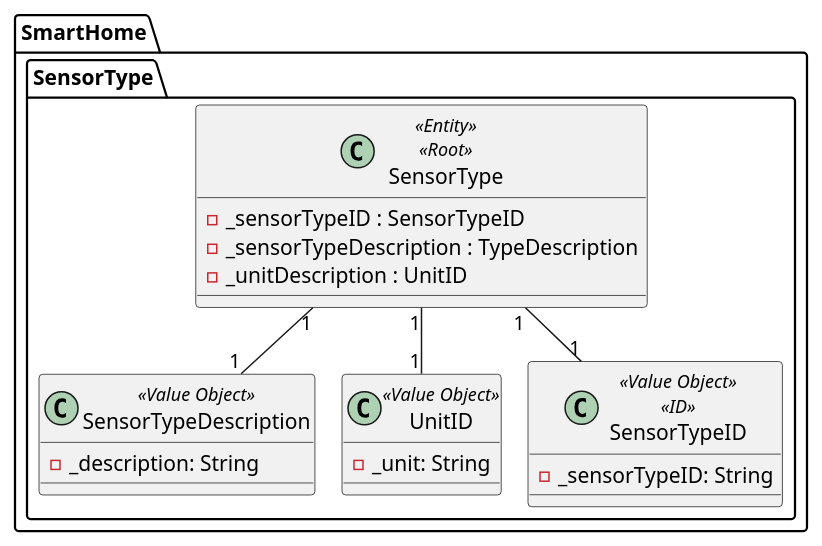
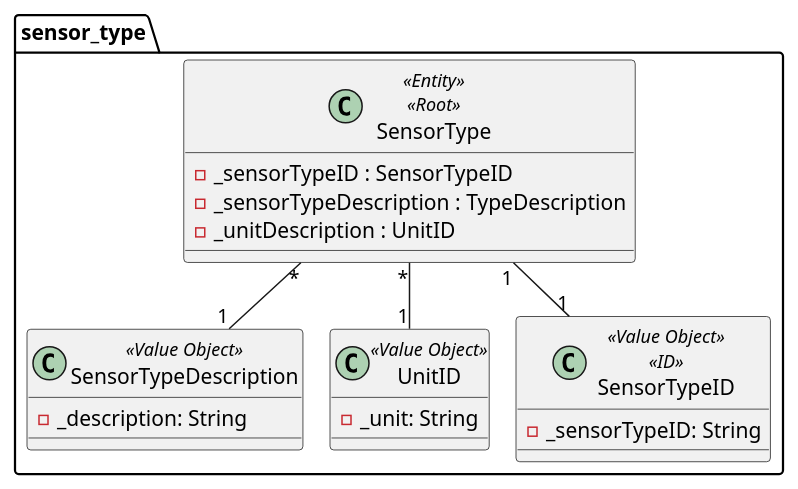
One commit to olivDiogo/SmartHome changed the diagram in docs/ooa/4.agreggateModels/SensorType.puml. Above: the diagram before and after it, drawn with PlantUML. The commit also changed 11 other files, not shown here.

```diff
--- a/docs/ooa/4.agreggateModels/SensorType.puml
+++ b/docs/ooa/4.agreggateModels/SensorType.puml
@@ -1,29 +1,27 @@
 @startuml
 !pragma layout smetana
 
-package SmartHome.SensorType {
+package sensor_type {
 
   class SensorType<<Entity>><<Root>> {
     - _sensorTypeID : SensorTypeID
     - _sensorTypeDescription : TypeDescription
     - _unitDescription : UnitID
   }
 
-}
-package SmartHome.SensorType {
   class SensorTypeDescription<<Value Object>> {
     - _description: String
   }
   class UnitID<<Value Object>> {
       - _unit: String
     }
    class SensorTypeID<<Value Object>><<ID>> {
       - _sensorTypeID: String
     }
 
 }
-SmartHome.SensorType.SensorType "1" -- "1" UnitID
-SmartHome.SensorType.SensorType "1" -- "1" SensorTypeDescription
-SmartHome.SensorType.SensorType "1" -- "1" SensorTypeID
+SensorType "*" -- "1" UnitID
+SensorType "*" -- "1" SensorTypeDescription
+SensorType "1" -- "1" SensorTypeID
 
 @enduml
```
